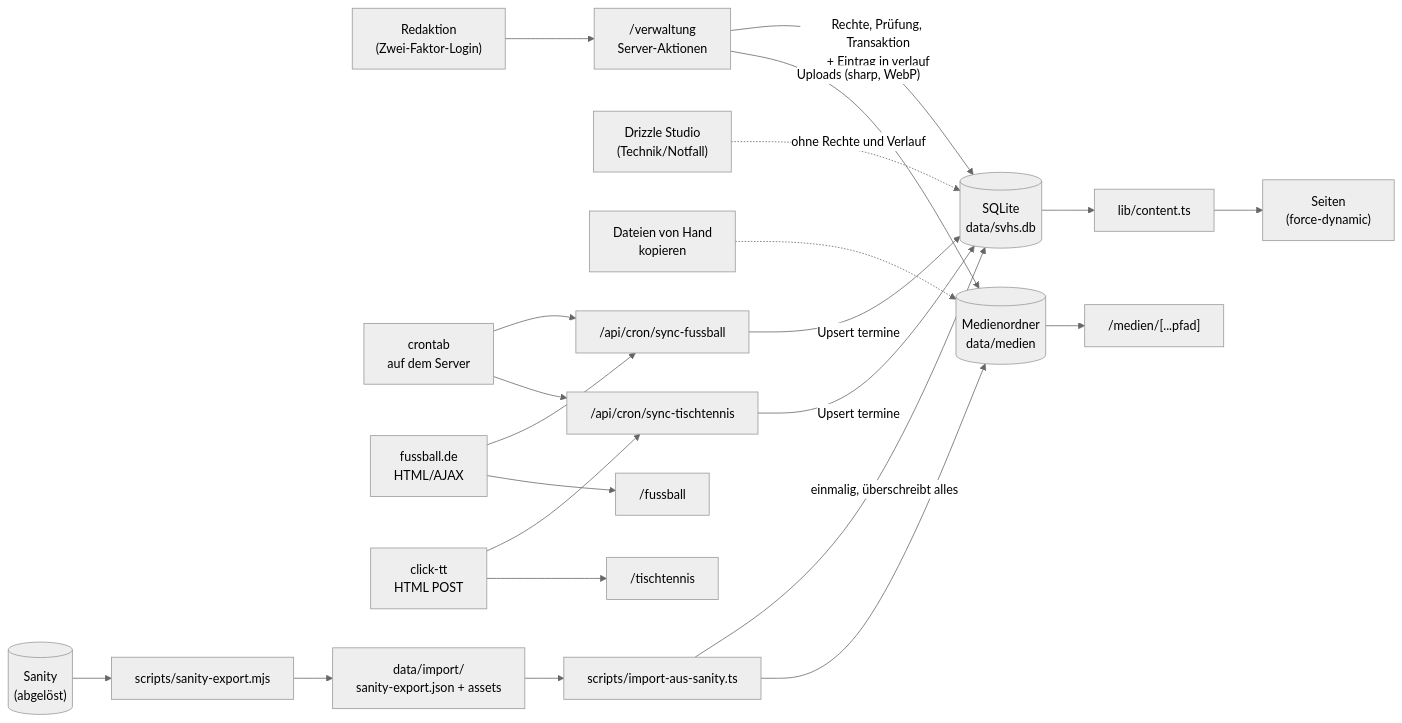
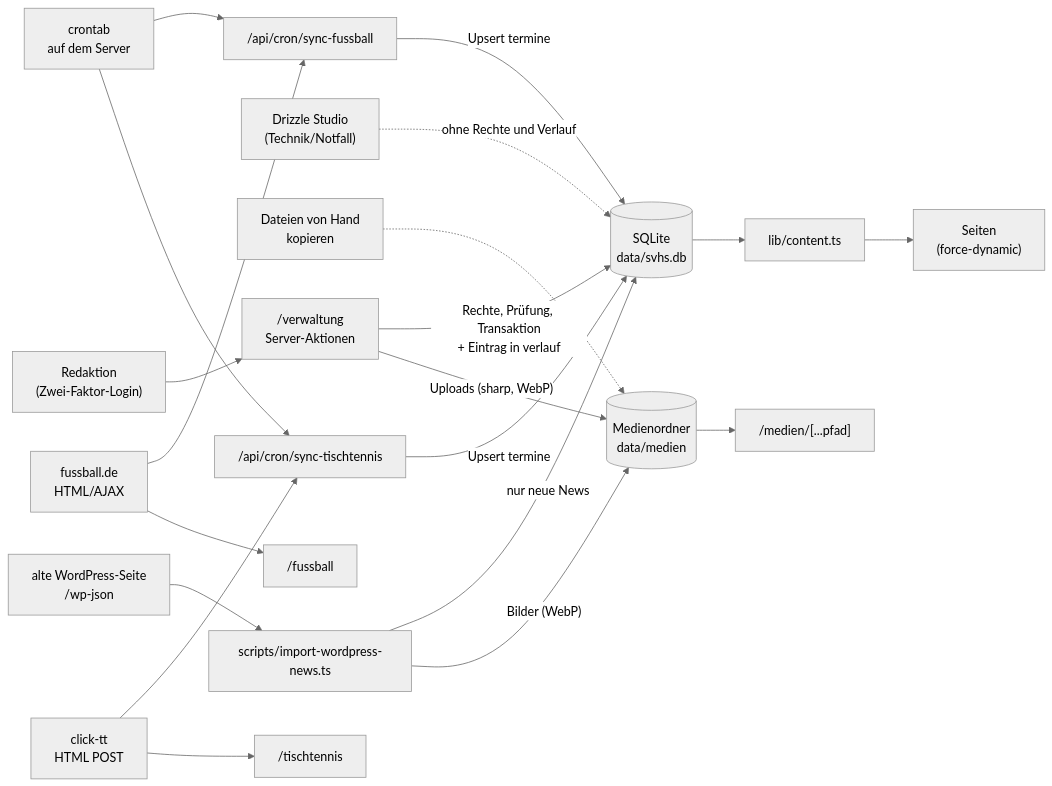
The first of 2 diagrams in CONTENT_FLOW.md (Jarinski/svhose), drawn with Mermaid (neutral theme) before and after one commit. The commit also changed other lines of this file and 11 other files, not shown here.

First line of the commit message:
Remove the leftover Sanity migration scripts

````diff
--- a/CONTENT_FLOW.md
+++ b/CONTENT_FLOW.md
@@ -30,27 +31,25 @@
 ```mermaid
 flowchart LR
   RED["Redaktion<br/>(Zwei-Faktor-Login)"] --> VW["/verwaltung<br/>Server-Aktionen"]
   VW -->|"Rechte, Prüfung, Transaktion<br/>+ Eintrag in verlauf"| DB[("SQLite<br/>data/svhs.db")]
   VW -->|"Uploads (sharp, WebP)"| MED[("Medienordner<br/>data/medien")]
   DS["Drizzle Studio<br/>(Technik/Notfall)"] -.->|"ohne Rechte und Verlauf"| DB
   HAND["Dateien von Hand<br/>kopieren"] -.-> MED
 
   CRON["crontab<br/>auf dem Server"] --> CF["/api/cron/sync-fussball"]
   CRON --> CT["/api/cron/sync-tischtennis"]
   FD["fussball.de<br/>HTML/AJAX"] --> CF
   TT["click-tt<br/>HTML POST"] --> CT
   CF -->|"Upsert termine"| DB
   CT -->|"Upsert termine"| DB
 
-  SAN[("Sanity<br/>(abgelöst)")] --> EX["scripts/sanity-export.mjs"]
-  EX --> IMP["data/import/<br/>sanity-export.json + assets"]
-  IMP --> IM["scripts/import-aus-sanity.ts"]
-  IM -->|"einmalig, überschreibt alles"| DB
-  IM --> MED
+  WP["alte WordPress-Seite<br/>/wp-json"] --> WI["scripts/import-wordpress-news.ts"]
+  WI -->|"nur neue News"| DB
+  WI -->|"Bilder (WebP)"| MED
 
   DB --> CL["lib/content.ts"]
   CL --> P["Seiten<br/>(force-dynamic)"]
   MED --> MR["/medien/[...pfad]"]
   FD --> SP["/fussball"]
   TT --> SPT["/tischtennis"]
 ```
````
